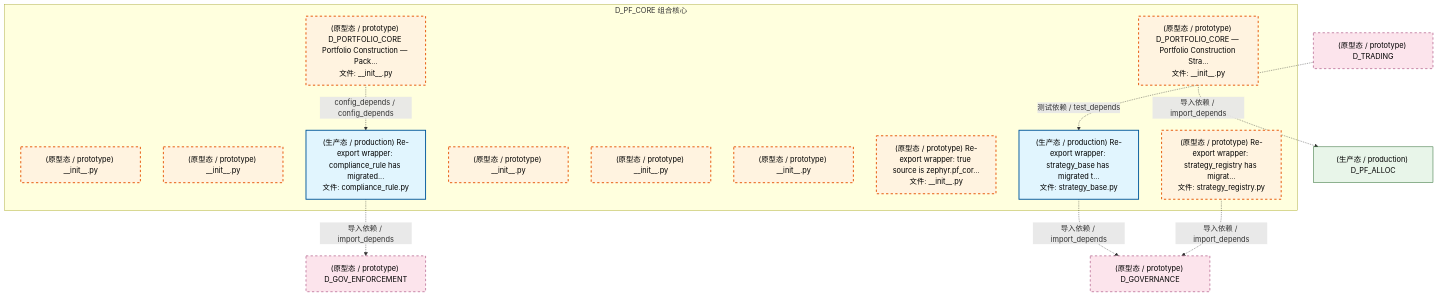
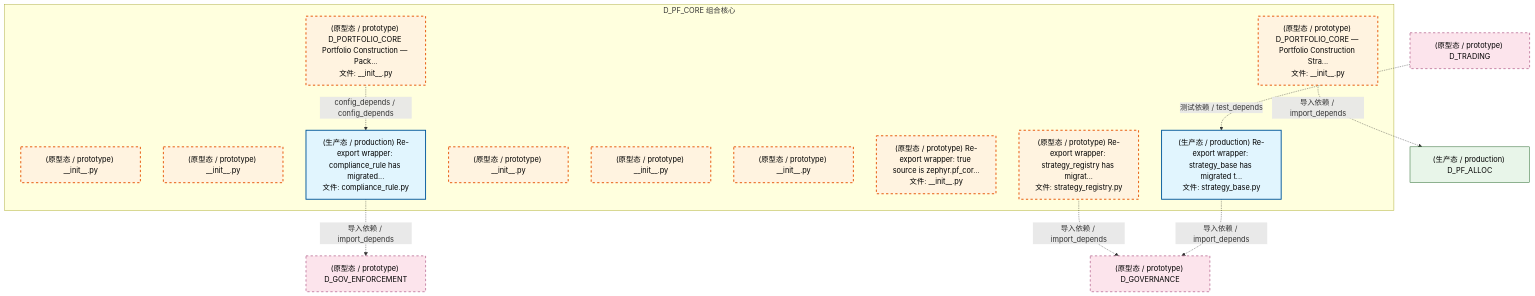
One commit to xuanFelixVan/ZephyrAlpha changed the first of 4 diagrams in docs/02_enterprise_architecture/02_domain_architecture_docs/52_d_pf_core.md. Above: the diagram before and after it, drawn with Mermaid. The commit also changed other lines of this file and 126 other files, not shown here.

````diff
--- a/docs/02_enterprise_architecture/02_domain_architecture_docs/52_d_pf_core.md
+++ b/docs/02_enterprise_architecture/02_domain_architecture_docs/52_d_pf_core.md
@@ -74,34 +74,34 @@
 ```mermaid
 graph TD
     subgraph D_PF_CORE["D_PF_CORE 组合核心"]
         src_zephyr_pf_core_init_py["(原型态 / prototype) D_PORTFOLIO_CORE Portfolio Construction — Pack...<br/>文件: __init__.py"]
         src_zephyr_pf_core_extensions_init_py["(原型态 / prototype) __init__.py"]
         src_zephyr_pf_core_api_init_py["(原型态 / prototype) __init__.py"]
         src_zephyr_pf_core_compliance_rule_py["(生产态 / production) Re-export wrapper: compliance_rule has migrated...<br/>文件: compliance_rule.py"]
         src_zephyr_pf_core_core_init_py["(原型态 / prototype) __init__.py"]
         src_zephyr_pf_core_infrastructure_init_py["(原型态 / prototype) __init__.py"]
         src_zephyr_pf_core_services_init_py["(原型态 / prototype) __init__.py"]
         src_zephyr_pf_core_strategies_init_py["(原型态 / prototype) Re-export wrapper: true source is zephyr.pf_cor...<br/>文件: __init__.py"]
         src_zephyr_pf_core_strategy_base_py["(生产态 / production) Re-export wrapper: strategy_base has migrated t...<br/>文件: strategy_base.py"]
         src_zephyr_pf_core_strategy_engine_init_py["(原型态 / prototype) D_PORTFOLIO_CORE — Portfolio Construction Stra...<br/>文件: __init__.py"]
         src_zephyr_pf_core_strategy_registry_py["(原型态 / prototype) Re-export wrapper: strategy_registry has migrat...<br/>文件: strategy_registry.py"]
     end
     src_zephyr_pf_core_init_py -.->|config_depends / config_depends| src_zephyr_pf_core_compliance_rule_py
-    D_GOVERNANCE["(原型态 / prototype) D_GOVERNANCE"]
-    src_zephyr_pf_core_strategy_base_py -.->|导入依赖 / import_depends| D_GOVERNANCE
     D_GOV_ENFORCEMENT["(原型态 / prototype) D_GOV_ENFORCEMENT"]
     src_zephyr_pf_core_compliance_rule_py -.->|导入依赖 / import_depends| D_GOV_ENFORCEMENT
+    D_GOVERNANCE["(原型态 / prototype) D_GOVERNANCE"]
     src_zephyr_pf_core_strategy_registry_py -.->|导入依赖 / import_depends| D_GOVERNANCE
+    src_zephyr_pf_core_strategy_base_py -.->|导入依赖 / import_depends| D_GOVERNANCE
     D_PF_ALLOC["(生产态 / production) D_PF_ALLOC"]
     src_zephyr_pf_core_strategy_engine_init_py -.->|导入依赖 / import_depends| D_PF_ALLOC
     D_TRADING["(原型态 / prototype) D_TRADING"]
     D_TRADING -.->|测试依赖 / test_depends| src_zephyr_pf_core_strategy_base_py
     classDef production fill:#e1f5fe,stroke:#01579b,stroke-width:2px,color:#000
     classDef design fill:#fff3e0,stroke:#e65100,stroke-width:2px,color:#000,stroke-dasharray: 5 5
     classDef external_prod fill:#e8f5e9,stroke:#1b5e20,stroke-width:1px,color:#000
     classDef external_design fill:#fce4ec,stroke:#880e4f,stroke-width:1px,color:#000,stroke-dasharray: 5 5
     class src_zephyr_pf_core_compliance_rule_py,src_zephyr_pf_core_strategy_base_py production
     class src_zephyr_pf_core_init_py,src_zephyr_pf_core_extensions_init_py,src_zephyr_pf_core_api_init_py,src_zephyr_pf_core_core_init_py,src_zephyr_pf_core_infrastructure_init_py,src_zephyr_pf_core_services_init_py,src_zephyr_pf_core_strategies_init_py,src_zephyr_pf_core_strategy_engine_init_py,src_zephyr_pf_core_strategy_registry_py design
     class D_PF_ALLOC external_prod
-    class D_GOVERNANCE,D_GOV_ENFORCEMENT,D_TRADING external_design
+    class D_GOV_ENFORCEMENT,D_GOVERNANCE,D_TRADING external_design
 ```
````
